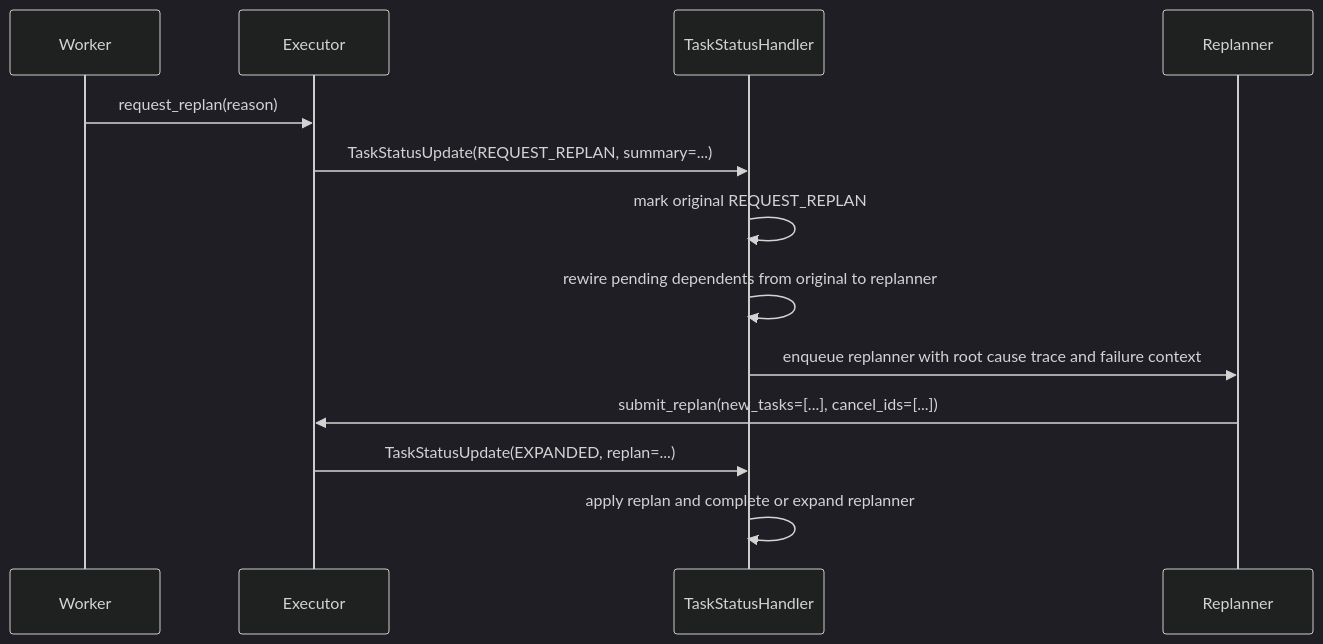
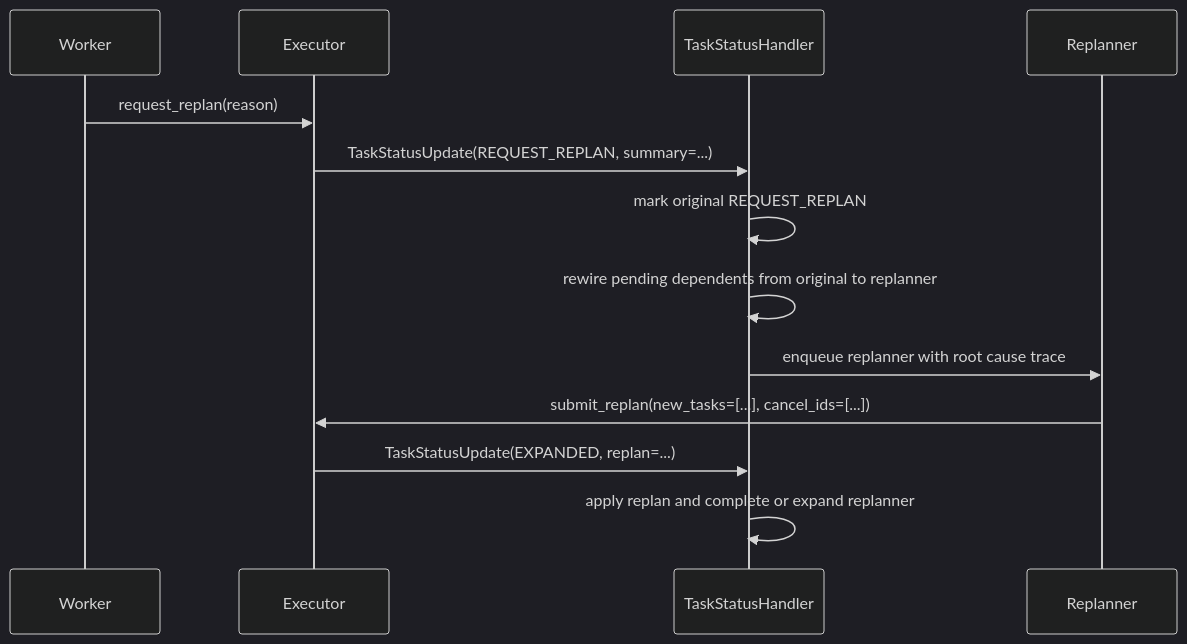
The second of 2 diagrams in docs/architecture/team-coordination.md (Ephemeral-AI-Lab/ephemeral-os), drawn with Mermaid (dark theme) before and after one commit. The commit also changed other lines of this file and 54 other files, not shown here.

Commit message:
Update team task context and docs

````diff
--- a/docs/architecture/team-coordination.md
+++ b/docs/architecture/team-coordination.md
@@ -29,16 +29,16 @@
 ```mermaid
 sequenceDiagram
     participant Worker
     participant Executor
     participant TaskStatusHandler
     participant Replanner
 
     Worker->>Executor: request_replan(reason)
     Executor->>TaskStatusHandler: TaskStatusUpdate(REQUEST_REPLAN, summary=...)
     TaskStatusHandler->>TaskStatusHandler: mark original REQUEST_REPLAN
     TaskStatusHandler->>TaskStatusHandler: rewire pending dependents from original to replanner
-    TaskStatusHandler->>Replanner: enqueue replanner with root cause trace and failure context
+    TaskStatusHandler->>Replanner: enqueue replanner with root cause trace
     Replanner->>Executor: submit_replan(new_tasks=[...], cancel_ids=[...])
     Executor->>TaskStatusHandler: TaskStatusUpdate(EXPANDED, replan=...)
     TaskStatusHandler->>TaskStatusHandler: apply replan and complete or expand replanner
 ```
````
